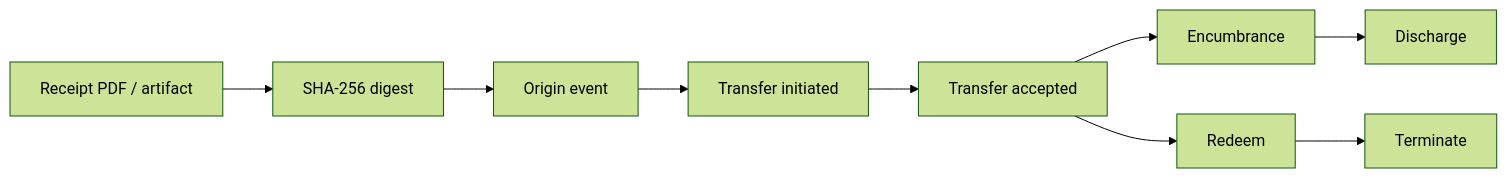
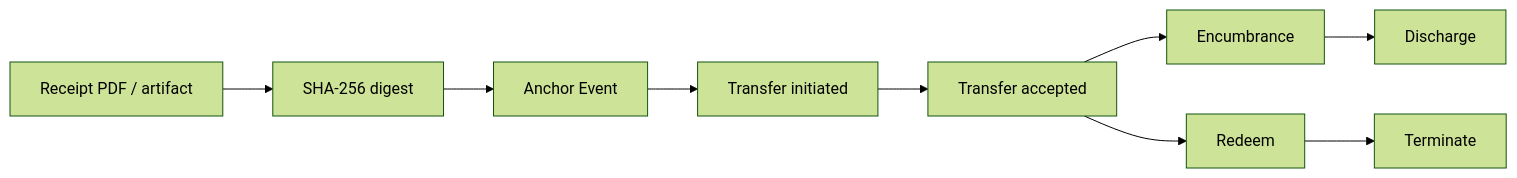
The diagram in docs-site/control-actions.md (trbouma/openetr), drawn with Mermaid (forest theme) before and after one commit. The commit also changed other lines of this file and 30 other files, not shown here.

````diff
--- a/docs-site/control-actions.md
+++ b/docs-site/control-actions.md
@@ -22,11 +22,11 @@
 ```mermaid
 flowchart LR
   A["Receipt PDF / artifact"] --> B["SHA-256 digest"]
-  B --> C["Origin event"]
+  B --> C["Anchor Event"]
   C --> D["Transfer initiated"]
   D --> E["Transfer accepted"]
   E --> F["Encumbrance"]
   F --> G["Discharge"]
   E --> H["Redeem"]
   H --> I["Terminate"]
 ```
````
